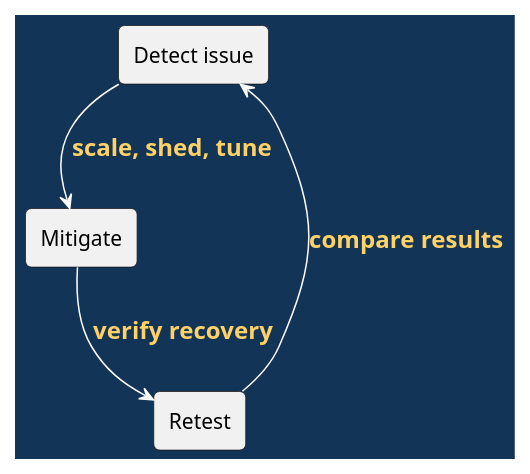
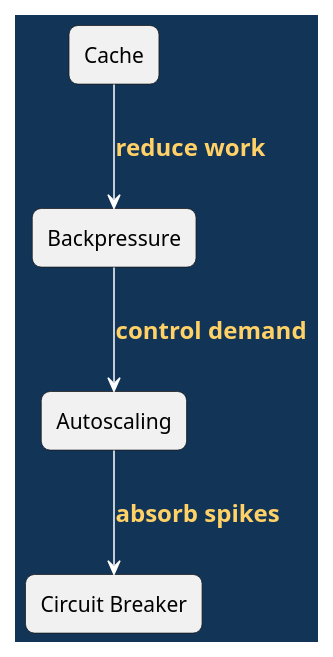
The seventh of 7 diagrams in doc/lectures/week12/README.slides.adoc (madajaju/CS5254), drawn with PlantUML before and after one commit. The commit also changed other lines of this file and 47 other files, not shown here.

```diff
--- a/doc/lectures/week12/README.slides.adoc
+++ b/doc/lectures/week12/README.slides.adoc
@@ -181,29 +198,26 @@
-[plantuml, stress-response, svg, width=100%]
+[plantuml,width=100%]
 ----
 @startuml
-!pragma useBetaStyle true
 skinparam backgroundColor #123456
 skinparam defaultFontColor black
 skinparam ArrowColor white
 skinparam ArrowFontColor #ffd166
 skinparam ArrowFontStyle bold
 skinparam ArrowFontSize 16
 skinparam shadowing false
-skinparam roundcorner 8
-skinparam classBackgroundColor white
-skinparam classBorderColor #123456
-skinparam classFontColor black
-skinparam componentBackgroundColor white
-skinparam componentBorderColor #123456
-skinparam componentFontColor black
-skinparam noteBackgroundColor white
-skinparam noteBorderColor #123456
-skinparam noteFontColor black
-rectangle "Detect issue" as D
-rectangle "Mitigate" as M
-rectangle "Retest" as R
-D --> M : scale, shed, tune
-M --> R : verify recovery
-R --> D : compare results
+skinparam defaultTextAlignment center
+skinparam roundCorner 12
+skinparam class {
+  BackgroundColor white
+  BorderColor #123456
+  FontColor black
+}
+rectangle "Cache" as C
+rectangle "Backpressure" as BP
+rectangle "Autoscaling" as AS
+rectangle "Circuit Breaker" as CB
+C --> BP : reduce work
+BP --> AS : control demand
+AS --> CB : absorb spikes
 @enduml
 ----
```
